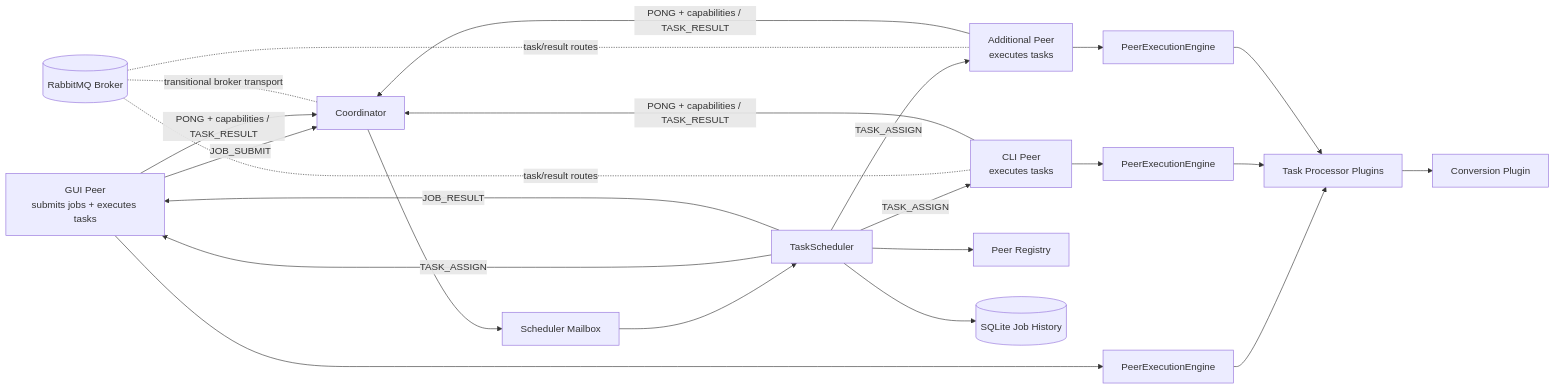
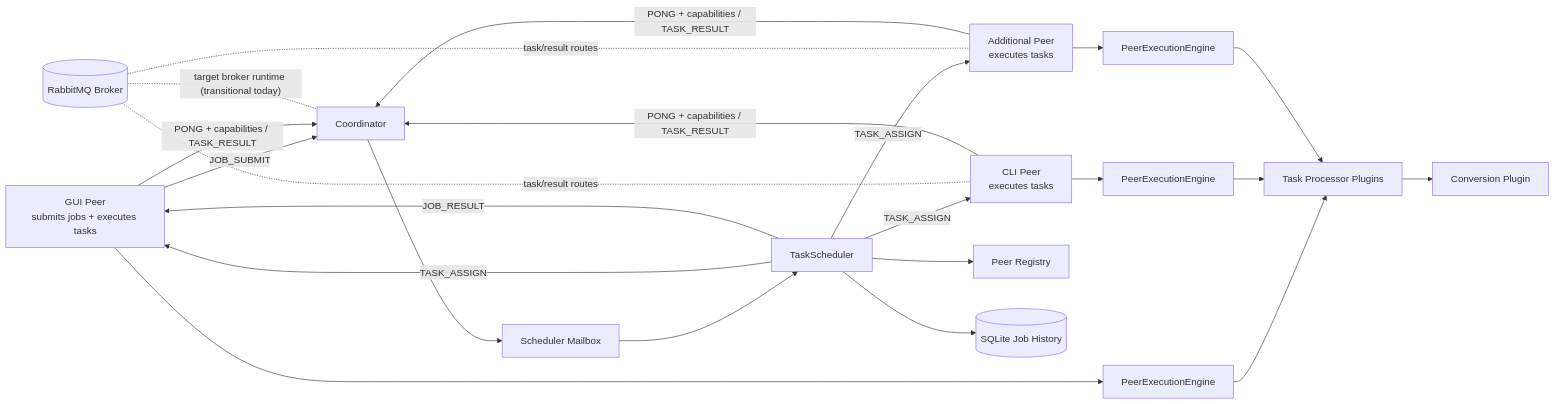
Before and after one commit to HuuPhu-Nguyen/Task-Flow-2: the diagram in README.md, drawn with Mermaid. The commit also changed other lines of this file and 4 other files, not shown here.

````diff
--- a/README.md
+++ b/README.md
@@ -38,26 +38,26 @@
 ```mermaid
 flowchart LR
     PeerA[GUI Peer\nsubmits jobs + executes tasks] -->|JOB_SUBMIT| Coordinator
     PeerA -->|PONG + capabilities / TASK_RESULT| Coordinator
     PeerB[CLI Peer\nexecutes tasks] -->|PONG + capabilities / TASK_RESULT| Coordinator
     PeerC[Additional Peer\nexecutes tasks] -->|PONG + capabilities / TASK_RESULT| Coordinator
     Coordinator --> Mailbox[Scheduler Mailbox]
     Mailbox --> Scheduler[TaskScheduler]
     Scheduler --> Registry[Peer Registry]
     Scheduler --> Store[(SQLite Job History)]
     Scheduler -->|TASK_ASSIGN| PeerA
     Scheduler -->|TASK_ASSIGN| PeerB
     Scheduler -->|TASK_ASSIGN| PeerC
     PeerA --> EngineA[PeerExecutionEngine]
     PeerB --> EngineB[PeerExecutionEngine]
     PeerC --> EngineC[PeerExecutionEngine]
     EngineA --> Plugins[Task Processor Plugins]
     EngineB --> Plugins
     EngineC --> Plugins
     Plugins --> Conversion[Conversion Plugin]
     Scheduler -->|JOB_RESULT| PeerA
 
-    RabbitMQ[(RabbitMQ Broker)] -. transitional broker transport .- Coordinator
+    RabbitMQ[(RabbitMQ Broker)] -. target broker runtime (transitional today) .- Coordinator
     RabbitMQ -. task/result routes .- PeerB
     RabbitMQ -. task/result routes .- PeerC
 ```
````
